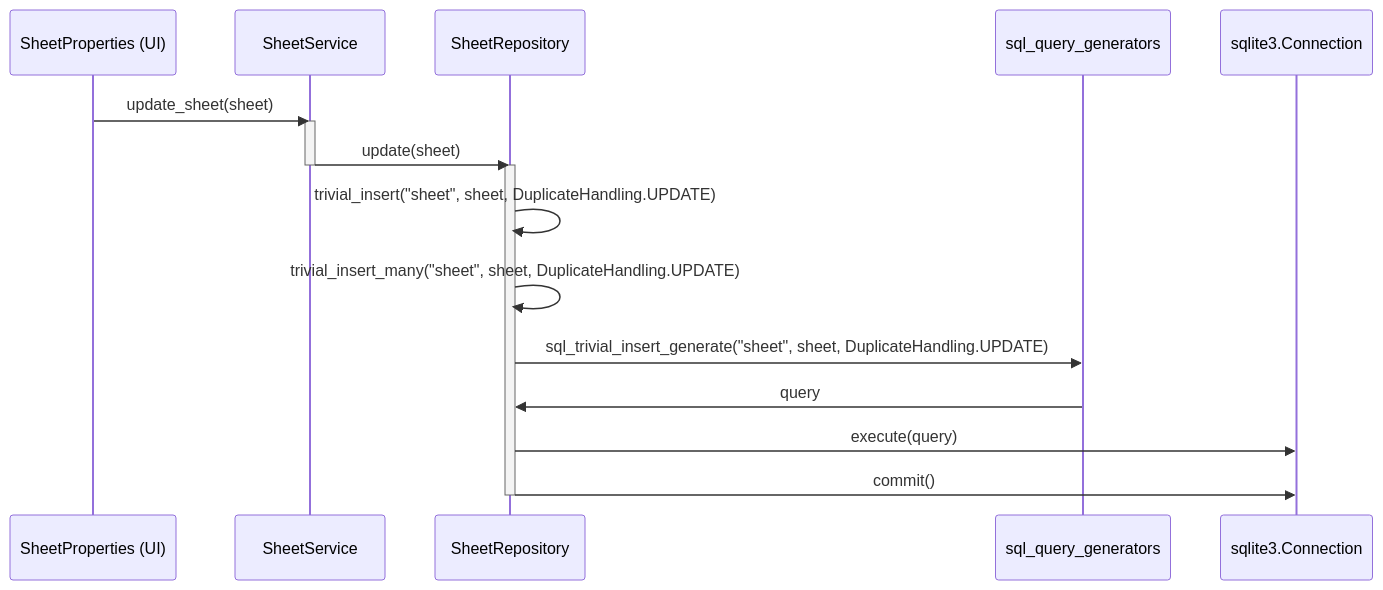
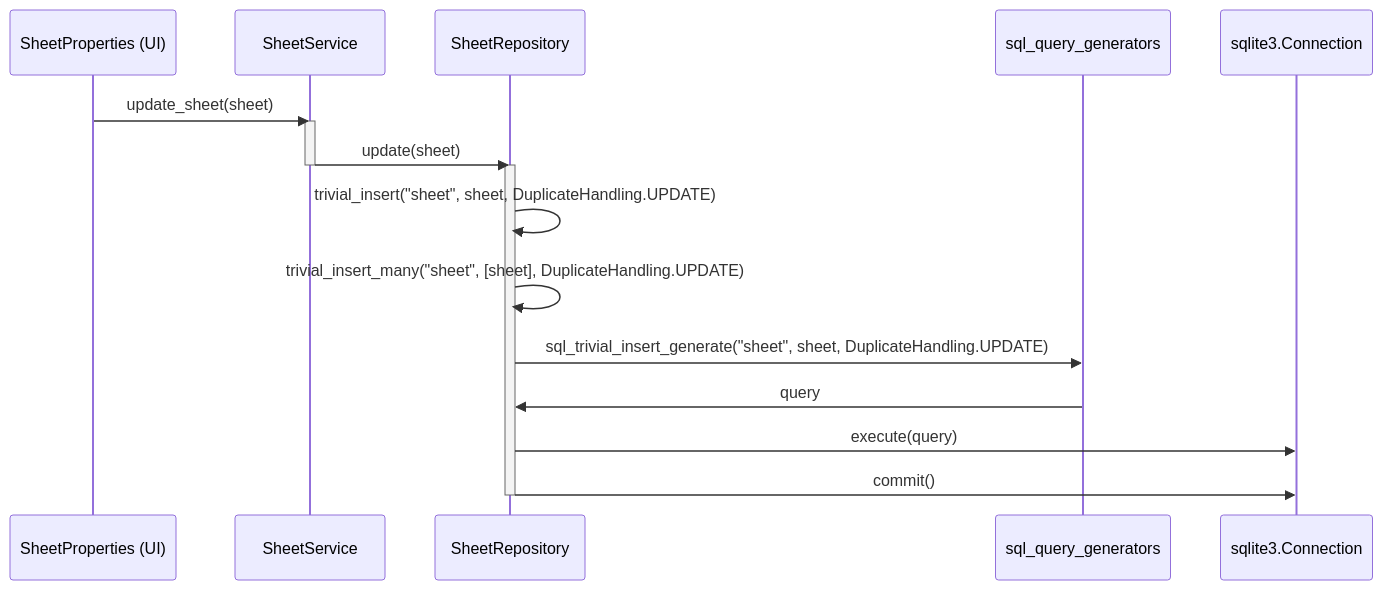
The second of 2 diagrams in dokumentaatio/arkkitehtuuri.md (TatuLaras/ot-harjoitustyo), drawn with Mermaid before and after one commit.

Commit message:
Updated sequence diagram

````diff
--- a/dokumentaatio/arkkitehtuuri.md
+++ b/dokumentaatio/arkkitehtuuri.md
@@ -30,16 +30,16 @@
 ```mermaid
 sequenceDiagram
     SheetProperties (UI) ->>SheetService: update_sheet(sheet)
     activate SheetService
     SheetService ->>SheetRepository: update(sheet)
     deactivate SheetService
     activate SheetRepository
     SheetRepository ->>SheetRepository: trivial_insert("sheet", sheet, DuplicateHandling.UPDATE)
-    SheetRepository ->>SheetRepository: trivial_insert_many("sheet", sheet, DuplicateHandling.UPDATE)
+    SheetRepository ->>SheetRepository: trivial_insert_many("sheet", [sheet], DuplicateHandling.UPDATE)
     SheetRepository ->>sql_query_generators: sql_trivial_insert_generate("sheet", sheet, DuplicateHandling.UPDATE)
     sql_query_generators ->>SheetRepository: query
     SheetRepository ->>sqlite3.Connection: execute(query)
     SheetRepository ->>sqlite3.Connection: commit()
     deactivate SheetRepository
 
 ```
````
